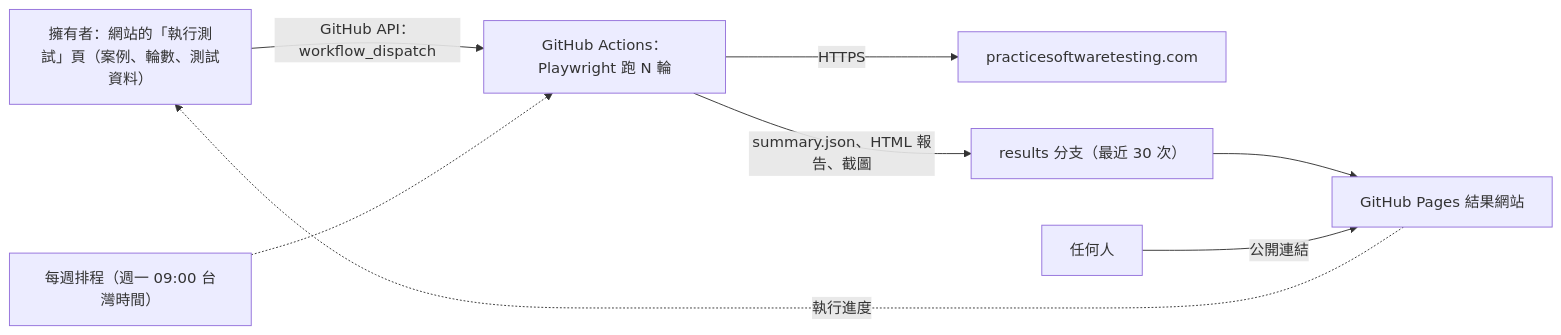
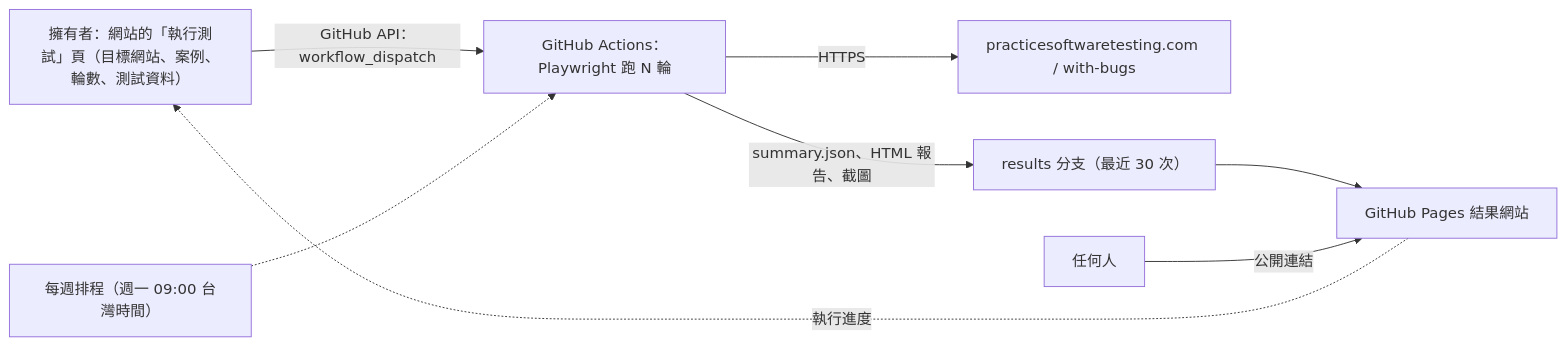
The diagram in README.zh-TW.md (NTCloudy/playwright-e2e-dashboard), drawn with Mermaid before and after one commit. The commit also changed other lines of this file and 27 other files, not shown here.

````diff
--- a/README.zh-TW.md
+++ b/README.zh-TW.md
@@ -61,10 +70,10 @@
 ```mermaid
 flowchart LR
-    O["擁有者：網站的「執行測試」頁（案例、輪數、測試資料）"] -->|"GitHub API：workflow_dispatch"| A["GitHub Actions：Playwright 跑 N 輪"]
+    O["擁有者：網站的「執行測試」頁（目標網站、案例、輪數、測試資料）"] -->|"GitHub API：workflow_dispatch"| A["GitHub Actions：Playwright 跑 N 輪"]
     S["每週排程（週一 09:00 台灣時間）"] -.-> A
-    A -->|HTTPS| T["practicesoftwaretesting.com"]
+    A -->|HTTPS| T["practicesoftwaretesting.com / with-bugs"]
     A -->|"summary.json、HTML 報告、截圖"| R["results 分支（最近 30 次）"]
     R --> P["GitHub Pages 結果網站"]
     P -.->|"執行進度"| O
     V["任何人"] -->|公開連結| P
 ```
````
